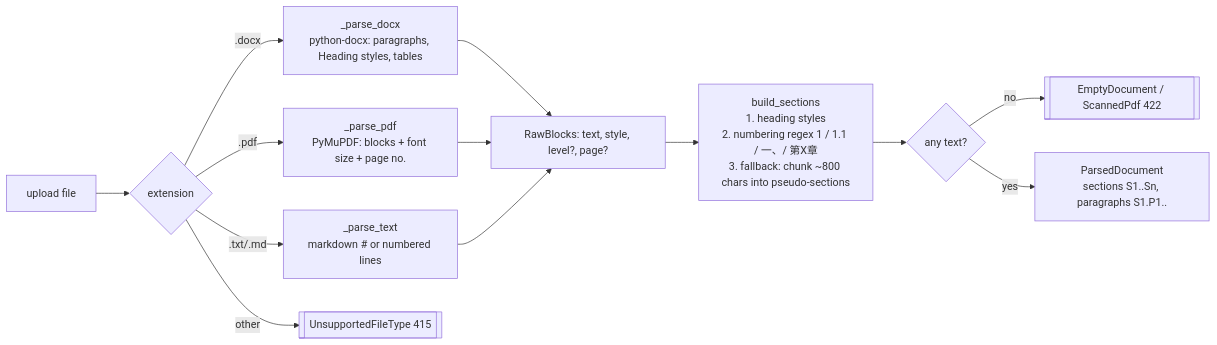
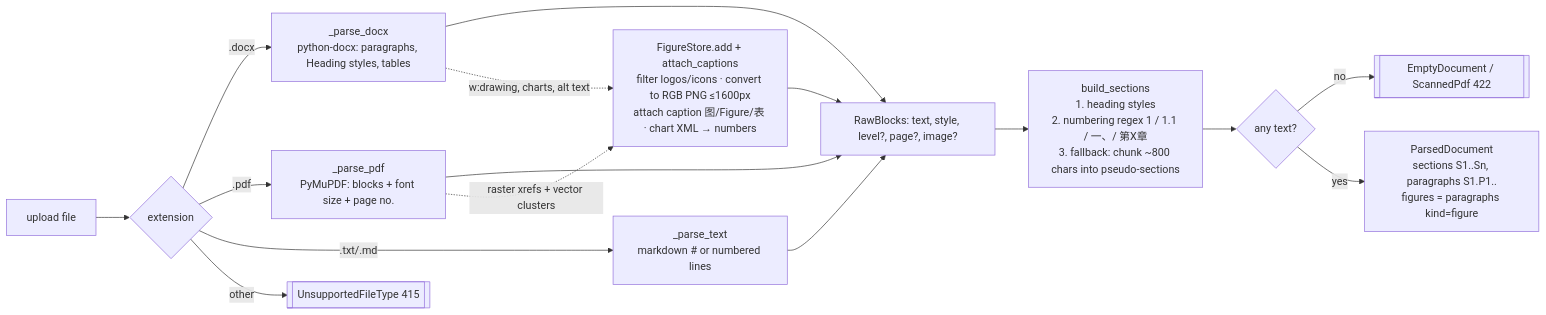
Before and after one commit to hamza-prof/industry-mentor-llm-agent: the third of 9 diagrams in architecture.md, drawn with Mermaid. The commit also changed other lines of this file and 22 other files, not shown here.

First line of the commit message:
Phase 1: document parsing, figures and upload API

````diff
--- a/architecture.md
+++ b/architecture.md
@@ -126,13 +132,16 @@
 ```mermaid
 flowchart LR
     F[upload file] --> X{extension}
     X -->|.docx| D[_parse_docx<br/>python-docx: paragraphs, Heading styles, tables]
     X -->|.pdf| P[_parse_pdf<br/>PyMuPDF: blocks + font size + page no.]
     X -->|.txt/.md| T[_parse_text<br/>markdown # or numbered lines]
     X -->|other| E1[[UnsupportedFileType 415]]
-    D & P & T --> B[RawBlocks: text, style, level?, page?]
+    D & P & T --> B[RawBlocks: text, style, level?, page?, image?]
+    D -.->|w:drawing, charts, alt text| IMG
+    P -.->|raster xrefs + vector clusters| IMG
+    IMG[FigureStore.add + attach_captions<br/>filter logos/icons · convert to RGB PNG ≤1600px<br/>attach caption 图/Figure/表 · chart XML → numbers] --> B
     B --> S[build_sections<br/>1. heading styles<br/>2. numbering regex 1 / 1.1 / 一、/ 第X章<br/>3. fallback: chunk ~800 chars into pseudo-sections]
     S --> V{any text?}
     V -->|no| E2[[EmptyDocument / ScannedPdf 422]]
-    V -->|yes| O[ParsedDocument<br/>sections S1..Sn, paragraphs S1.P1..]
+    V -->|yes| O[ParsedDocument<br/>sections S1..Sn, paragraphs S1.P1..<br/>figures = paragraphs kind=figure]
 ```
````
